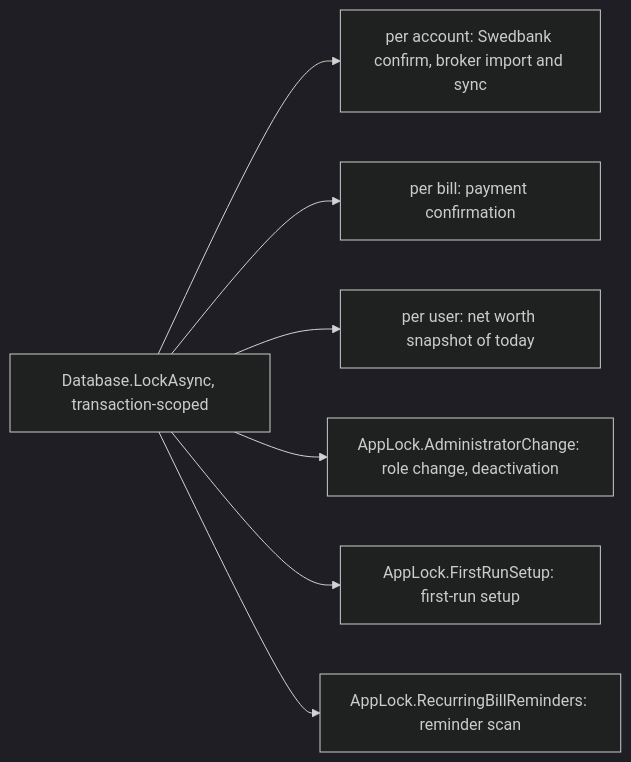
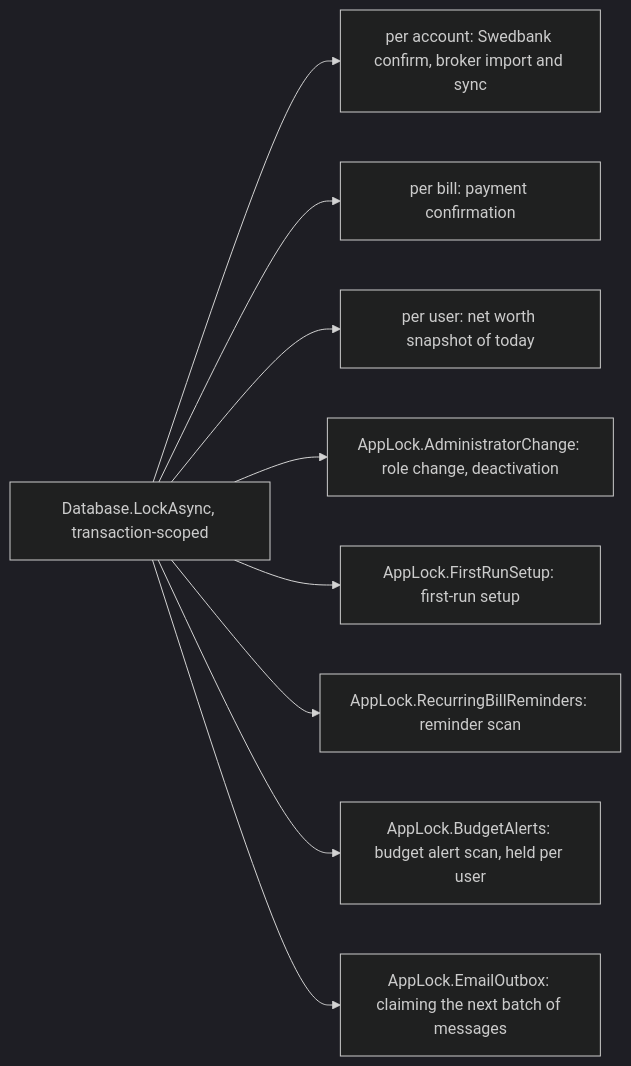
One commit to Justxs/Jx-Finance changed the second of 2 diagrams in docs/features/23. Background jobs.md. Above: the diagram before and after it, drawn with Mermaid (dark theme). The commit also changed other lines of this file and 32 other files, not shown here.

First line of the commit message:
feat(notifications): add notification kinds and budget alerts

````diff
--- a/docs/features/23. Background jobs.md
+++ b/docs/features/23. Background jobs.md
@@ -24,9 +38,11 @@
 ```mermaid
 flowchart LR
     Lock["Database.LockAsync, transaction-scoped"] --> A["per account: Swedbank confirm, broker import and sync"]
     Lock --> Bi["per bill: payment confirmation"]
     Lock --> U["per user: net worth snapshot of today"]
     Lock --> Adm["AppLock.AdministratorChange: role change, deactivation"]
     Lock --> Setup["AppLock.FirstRunSetup: first-run setup"]
     Lock --> Rem["AppLock.RecurringBillReminders: reminder scan"]
+    Lock --> Bud["AppLock.BudgetAlerts: budget alert scan, held per user"]
+    Lock --> Mail["AppLock.EmailOutbox: claiming the next batch of messages"]
 ```
````
